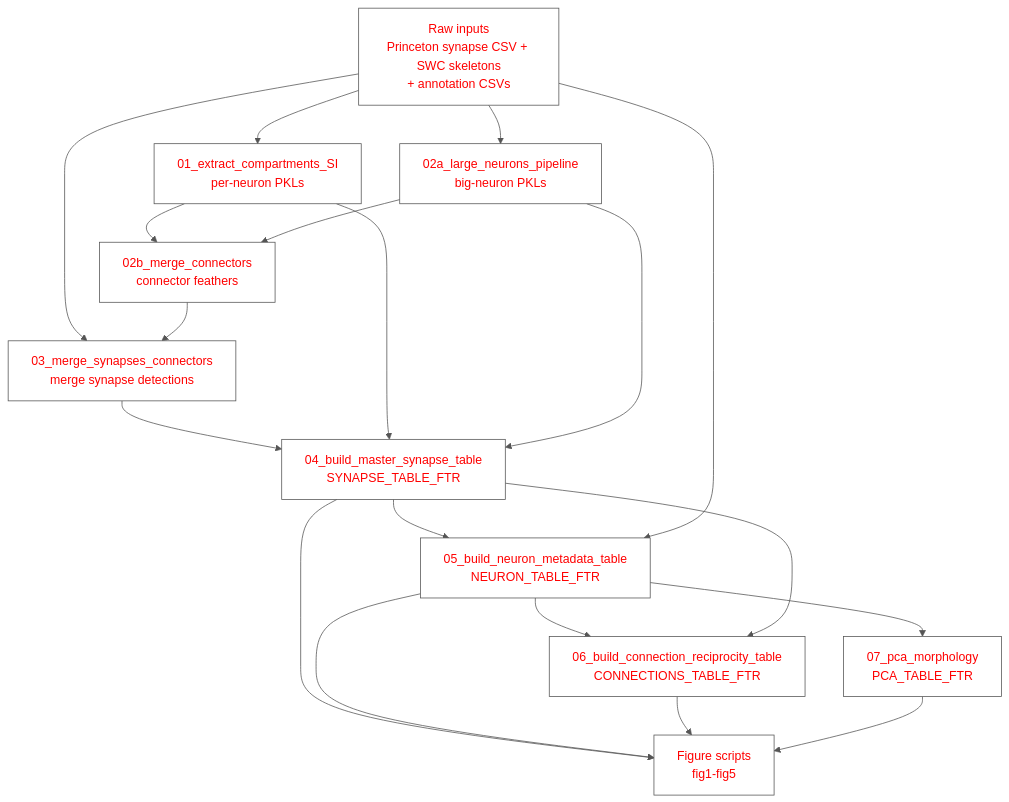
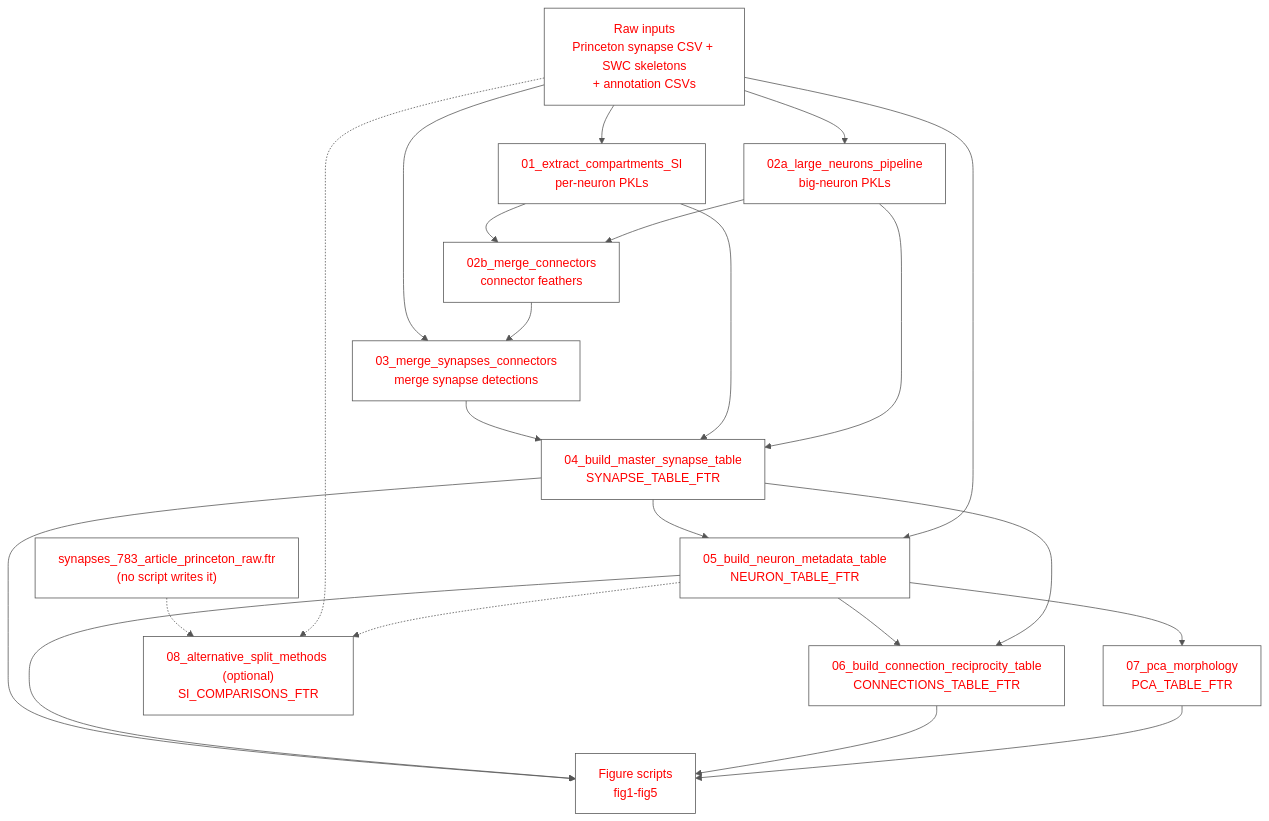
Before and after one commit to deutschlab/mixed-polarity-paper: the diagram in docs/pipeline_overview.md, drawn with Mermaid. The commit also changed other lines of this file and 7 other files, not shown here.

````diff
--- a/docs/pipeline_overview.md
+++ b/docs/pipeline_overview.md
@@ -14,33 +14,37 @@
 ```mermaid
 %%{init: {'theme': 'base', 'themeVariables': {'primaryColor': '#ffffff', 'primaryTextColor': '#ff0000', 'primaryBorderColor': '#555555', 'lineColor': '#555555'}}}%%
 flowchart TD
     RAW["Raw inputs\nPrinceton synapse CSV + SWC skeletons\n+ annotation CSVs"]
     S01["01_extract_compartments_SI\nper-neuron PKLs"]
     S02A["02a_large_neurons_pipeline\nbig-neuron PKLs"]
     S02B["02b_merge_connectors\nconnector feathers"]
     S03["03_merge_synapses_connectors\nmerge synapse detections"]
     S04["04_build_master_synapse_table\nSYNAPSE_TABLE_FTR"]
     S05["05_build_neuron_metadata_table\nNEURON_TABLE_FTR"]
     S06["06_build_connection_reciprocity_table\nCONNECTIONS_TABLE_FTR"]
     S07["07_pca_morphology\nPCA_TABLE_FTR"]
+    S08["08_alternative_split_methods (optional)\nSI_COMPARISONS_FTR"]
     FIGS["Figure scripts\nfig1-fig5"]
 
     RAW --> S01
     RAW --> S02A
     S01 --> S02B
     S02A --> S02B
     RAW --> S03
     S02B --> S03
     S03 --> S04
     S01 --> S04
     S02A --> S04
     S04 --> S05
     RAW --> S05
     S05 --> S06
     S04 --> S06
     S05 --> S07
     S04 --> FIGS
     S05 --> FIGS
     S06 --> FIGS
     S07 --> FIGS
+    SYNRAW["synapses_783_article_princeton_raw.ftr\n(no script writes it)"] -.-> S08
+    RAW -.-> S08
+    S05 -.-> S08
 ```
````
